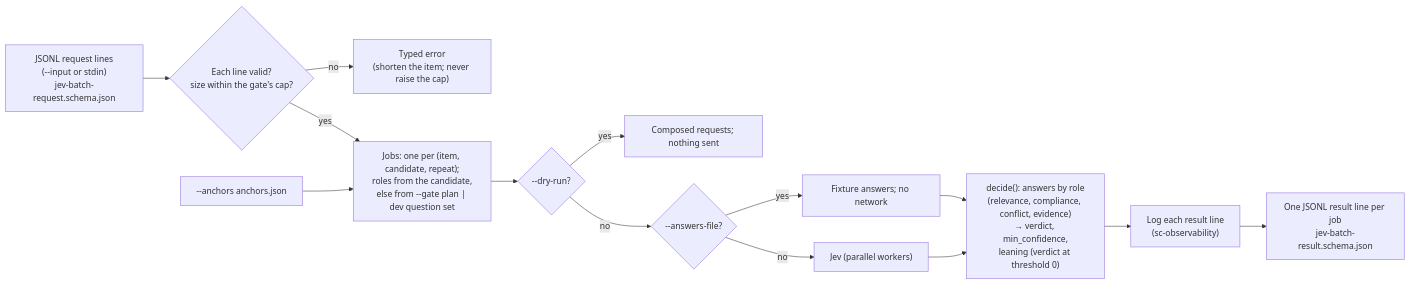
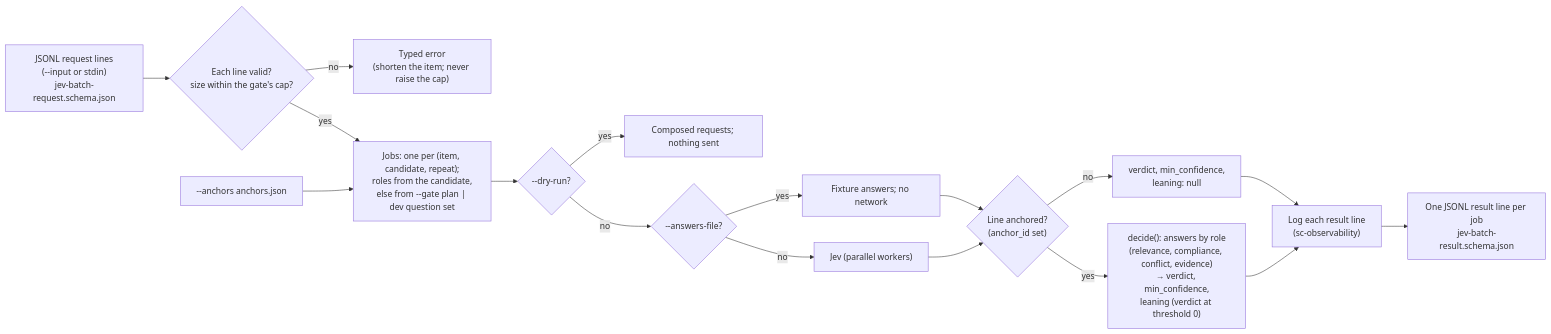
Before and after one commit to randlee/judge-jev: the diagram in docs/diagrams/batch.md, drawn with Mermaid. The commit also changed 5 other files, not shown here.

First line of the commit message:
docs: diagrams follow the code per jj-quality review of #140

````diff
--- a/docs/diagrams/batch.md
+++ b/docs/diagrams/batch.md
@@ -6,16 +6,18 @@
 ```mermaid
 flowchart LR
     IN["JSONL request lines<br/>(--input or stdin)<br/>jev-batch-request.schema.json"] --> V{"Each line valid?<br/>size within the gate's cap?"}
     V -- no --> E["Typed error<br/>(shorten the item; never raise the cap)"]
     V -- yes --> JOBS["Jobs: one per (item, candidate, repeat);<br/>roles from the candidate,<br/>else from --gate plan | dev question set"]
     ANC["--anchors anchors.json"] --> JOBS
     JOBS --> DR{"--dry-run?"}
     DR -- yes --> AU["Composed requests; nothing sent"]
     DR -- no --> FX{"--answers-file?"}
     FX -- yes --> FA["Fixture answers; no network"]
     FX -- no --> J["Jev (parallel workers)"]
-    FA --> DEC
-    J --> DEC["decide(): answers by role<br/>(relevance, compliance, conflict, evidence)<br/>→ verdict, min_confidence,<br/>leaning (verdict at threshold 0)"]
+    FA --> AN
+    J --> AN{"Line anchored?<br/>(anchor_id set)"}
+    AN -- no --> NUL["verdict, min_confidence,<br/>leaning: null"] --> L
+    AN -- yes --> DEC["decide(): answers by role<br/>(relevance, compliance, conflict, evidence)<br/>→ verdict, min_confidence,<br/>leaning (verdict at threshold 0)"]
     DEC --> L["Log each result line<br/>(sc-observability)"]
     L --> OUT["One JSONL result line per job<br/>jev-batch-result.schema.json"]
 ```
````
